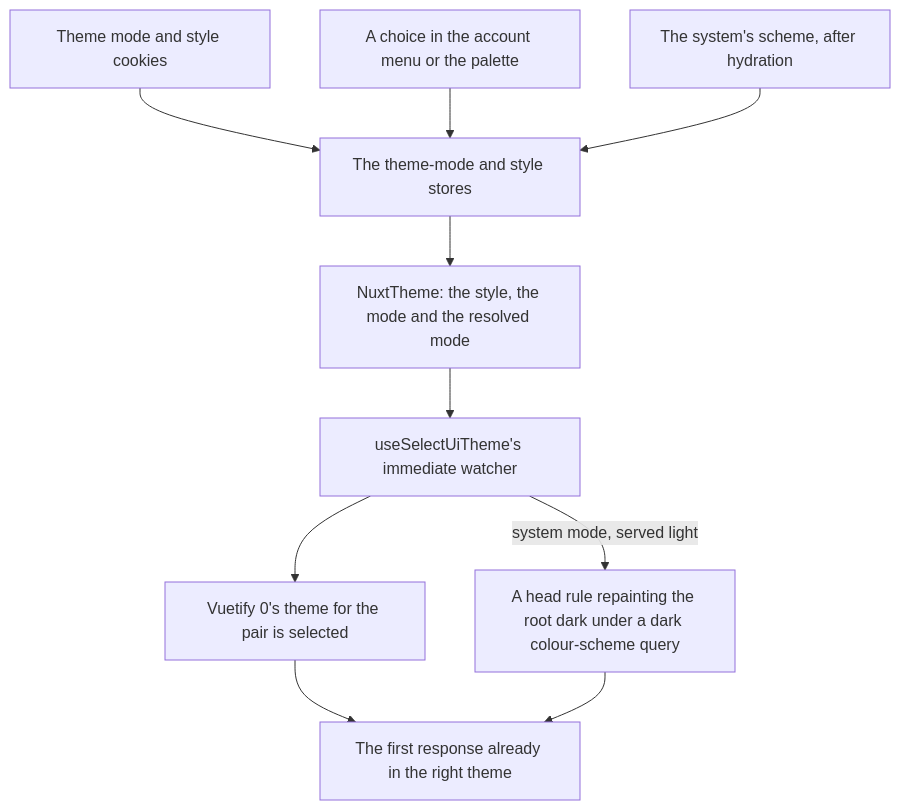
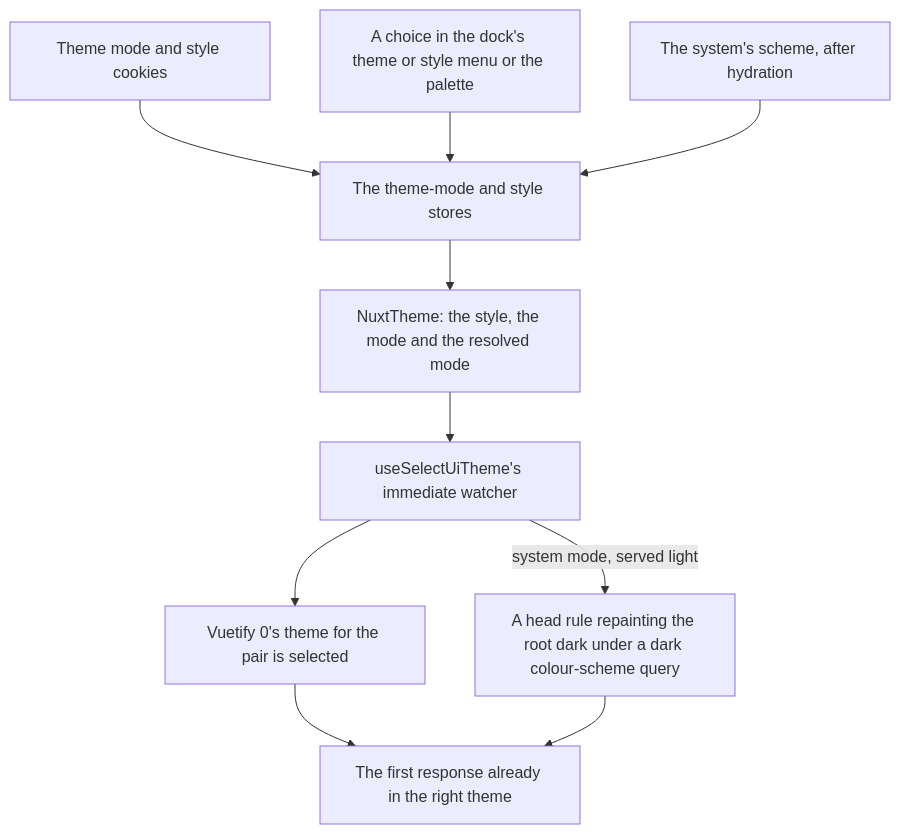
The third of 3 diagrams in apps/web/content/docs/architecture/design-language.md (Esposter/Esposter), drawn with Mermaid before and after one commit. The commit also changed 11 other files, not shown here.

First line of the commit message:
feat(app): the theme mode and the design style are dock menus of their own, out of the crowded account menu

````diff
--- a/apps/web/content/docs/architecture/design-language.md
+++ b/apps/web/content/docs/architecture/design-language.md
@@ -197,12 +197,12 @@
 ```mermaid
 flowchart TD
   C[Theme mode and style cookies] --> ST[The theme-mode and style stores]
-  AM[A choice in the account menu or the palette] --> ST
+  AM[A choice in the dock's theme or style menu or the palette] --> ST
   MQ[The system's scheme, after hydration] --> ST
   ST --> NT[NuxtTheme: the style, the mode and the resolved mode]
   NT --> W[useSelectUiTheme's immediate watcher]
   W --> SEL[Vuetify 0's theme for the pair is selected]
   W -->|system mode, served light| HR[A head rule repainting the root dark under a dark colour-scheme query]
   SEL --> H[The first response already in the right theme]
   HR --> H
 ```
````
